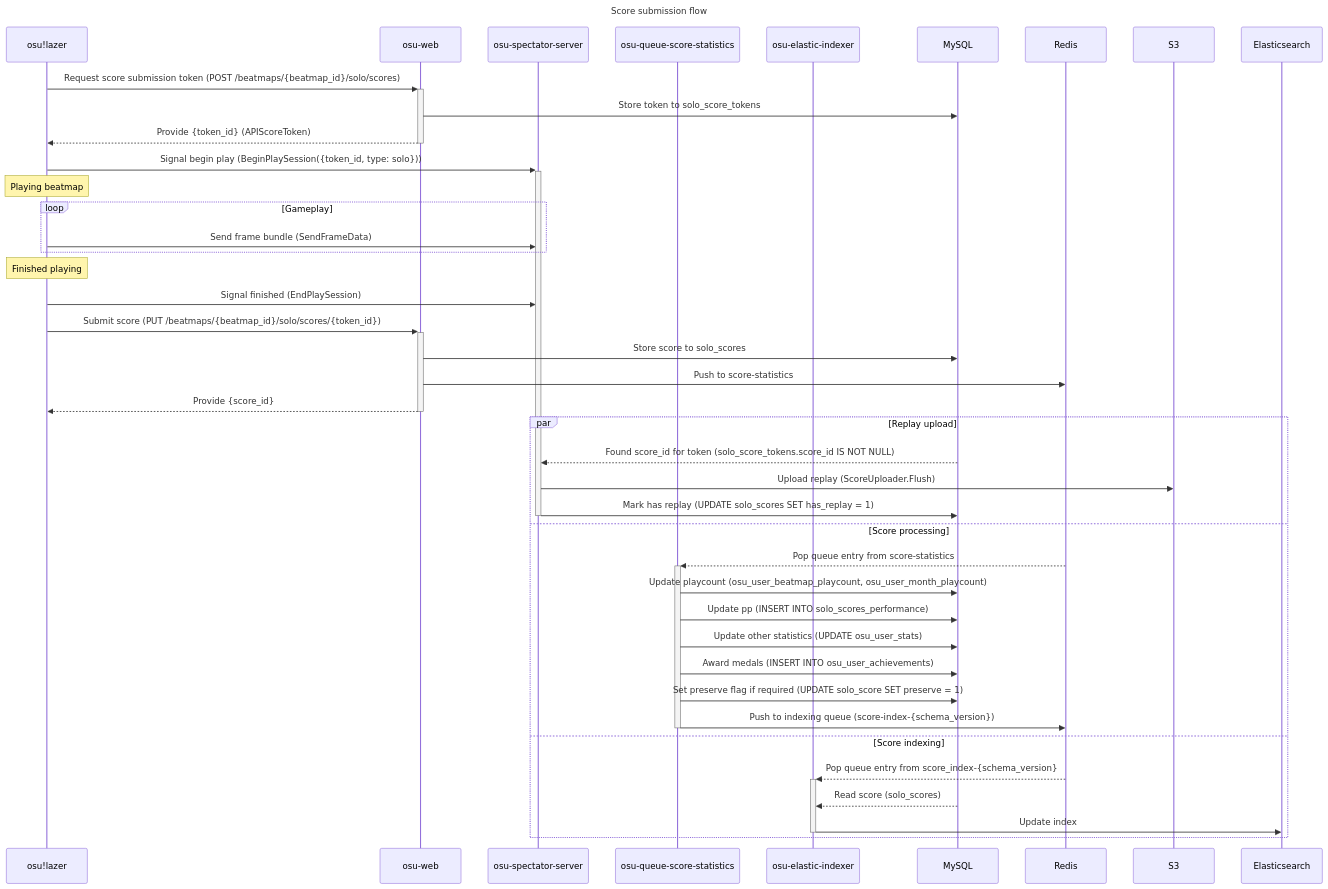
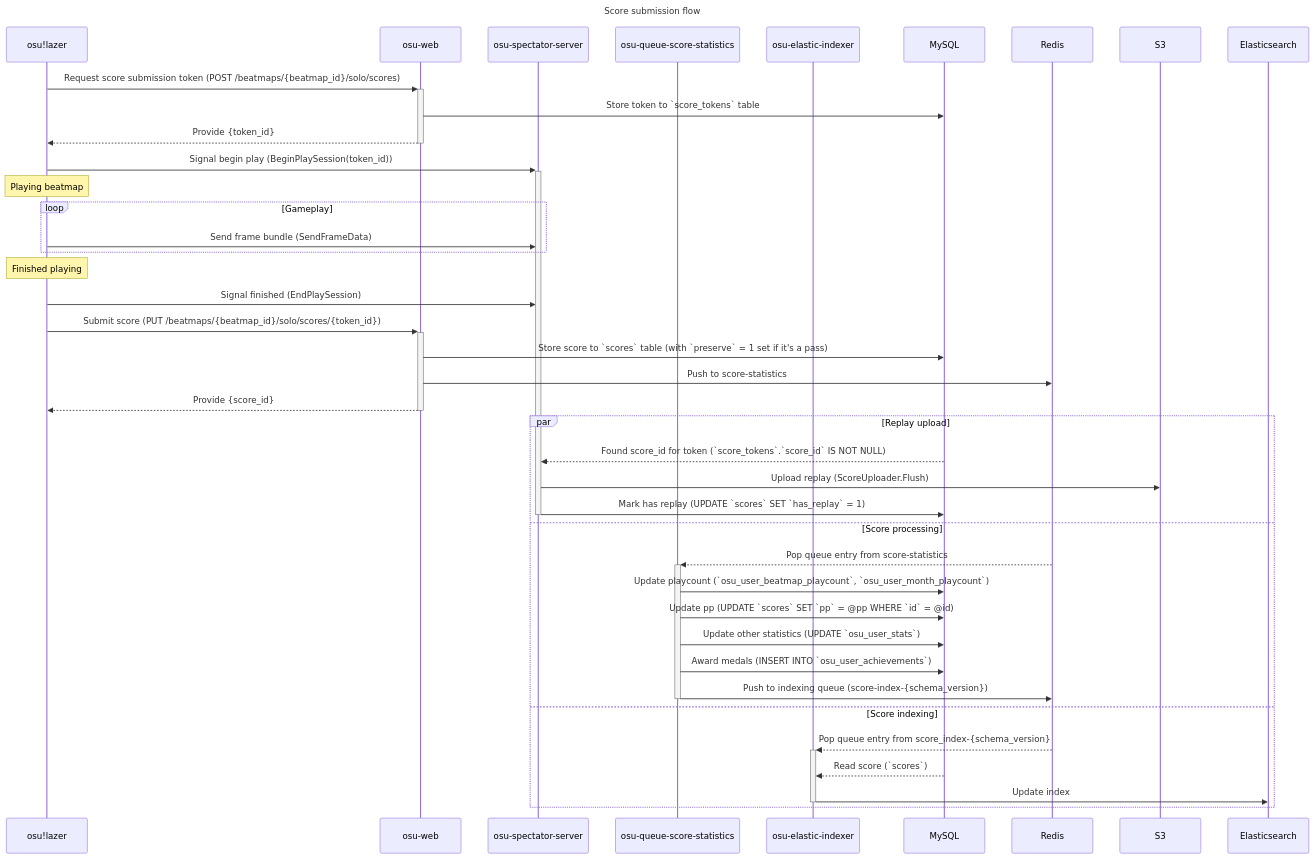
Before and after one commit to ppy/osu-infrastructure: the first of 2 diagrams in score-submission.md, drawn with Mermaid. The commit also changed other lines of this file, not shown here.

Commit message:
Update submission sequence diagrams

````diff
--- a/score-submission.md
+++ b/score-submission.md
@@ -5,53 +5,52 @@
 ```mermaid
 
 sequenceDiagram title Score submission flow
     participant C as osu!lazer
     participant W as osu-web
     participant S as osu-spectator-server
     participant QS as osu-queue-score-statistics
     participant QE as osu-elastic-indexer
     participant DB as MySQL
     participant R as Redis
     participant S3
     participant ES as Elasticsearch
 
     C->>+W: Request score submission token (POST /beatmaps/{beatmap_id}/solo/scores)
 
-    W->>DB: Store token to solo_score_tokens
-    W-->>-C: Provide {token_id} (APIScoreToken)
+    W->>DB: Store token to `score_tokens` table
+    W-->>-C: Provide {token_id}
 
-    C->>+S: Signal begin play (BeginPlaySession({token_id, type: solo}))
+    C->>+S: Signal begin play (BeginPlaySession(token_id))
     Note over C: Playing beatmap
 
     loop Gameplay
         C->>S: Send frame bundle (SendFrameData)
     end
 
     Note over C: Finished playing
     C->>S: Signal finished (EndPlaySession)
 
     C->>+W: Submit score (PUT /beatmaps/{beatmap_id}/solo/scores/{token_id})
-    W->>DB: Store score to solo_scores
+    W->>DB: Store score to `scores` table (with `preserve` = 1 set if it's a pass)
     W->>R: Push to score-statistics
     W-->>-C: Provide {score_id}
     
     # TODO: anticheat flow should probably be inserted here, redirecting to a separate queue
     
     par Replay upload
-        DB-->>S: Found score_id for token (solo_score_tokens.score_id IS NOT NULL)
+        DB-->>S: Found score_id for token (`score_tokens`.`score_id` IS NOT NULL)
         S->>S3: Upload replay (ScoreUploader.Flush)
-        S->>-DB: Mark has replay (UPDATE solo_scores SET has_replay = 1)
+        S->>-DB: Mark has replay (UPDATE `scores` SET `has_replay` = 1)
     and Score processing
         R-->>+QS: Pop queue entry from score-statistics
-        QS->>DB: Update playcount (osu_user_beatmap_playcount, osu_user_month_playcount)
-        QS->>DB: Update pp (INSERT INTO solo_scores_performance)
-        QS->>DB: Update other statistics (UPDATE osu_user_stats)
-        QS->>DB: Award medals (INSERT INTO osu_user_achievements)
-        QS->>DB: Set preserve flag if required (UPDATE solo_score SET preserve = 1)
+        QS->>DB: Update playcount (`osu_user_beatmap_playcount`, `osu_user_month_playcount`)
+        QS->>DB: Update pp (UPDATE `scores` SET `pp` = @pp WHERE `id` = @id)
+        QS->>DB: Update other statistics (UPDATE `osu_user_stats`)
+        QS->>DB: Award medals (INSERT INTO `osu_user_achievements`)
         QS->>-R: Push to indexing queue (score-index-{schema_version})
     and Score indexing
         R-->>+QE: Pop queue entry from score_index-{schema_version}
-        DB-->>QE: Read score (solo_scores)
+        DB-->>QE: Read score (`scores`)
         QE->>-ES: Update index
     end
 ```
````
